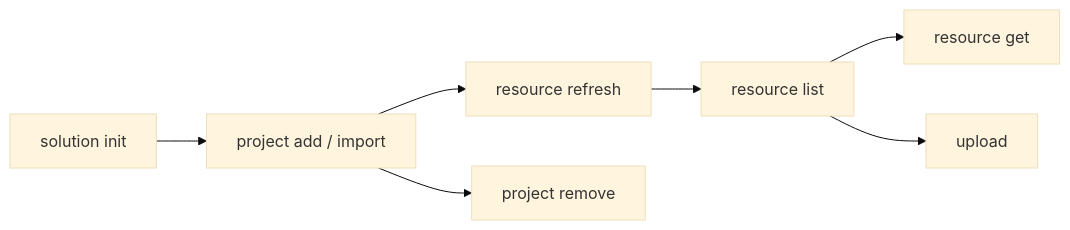
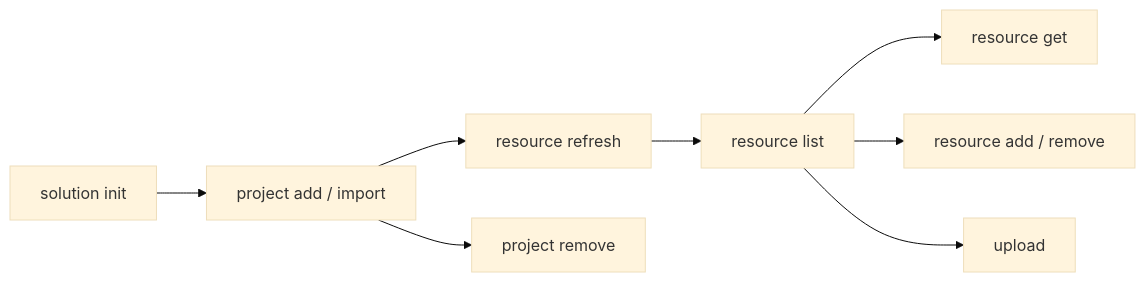
One commit to UiPath/skills changed the diagram in skills/uipath-solution/references/operate/develop-solution.md. Above: the diagram before and after it, drawn with Mermaid (base theme). The commit also changed other lines of this file and 5 other files, not shown here.

````diff
--- a/skills/uipath-solution/references/operate/develop-solution.md
+++ b/skills/uipath-solution/references/operate/develop-solution.md
@@ -20,9 +20,10 @@
 ```mermaid
 graph LR
     A[solution init] --> B[project add / import]
     B --> C[resource refresh]
     C --> D[resource list]
     D --> G[resource get]
+    D --> H[resource add / remove]
     D --> E[upload]
     B --> F[project remove]
 ```
````
